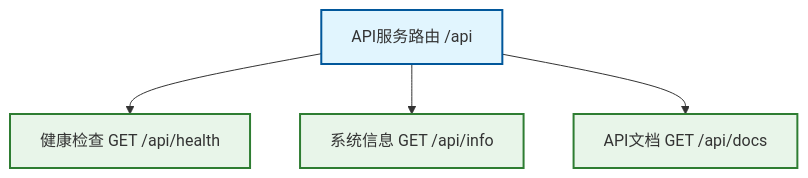
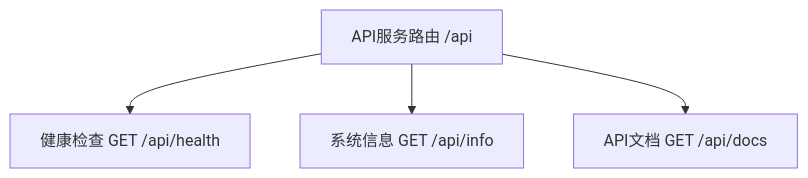
The third of 5 diagrams in docs/route_structure.md (weibaohui/k8m), drawn with Mermaid before and after one commit. The commit also changed other lines of this file, not shown here.

````diff
--- a/docs/route_structure.md
+++ b/docs/route_structure.md
@@ -40,14 +27,8 @@
 ```mermaid
 graph TD
     C[API服务路由 /api] --> C1[健康检查 GET /api/health]
     C --> C2[系统信息 GET /api/info]
     C --> C3[API文档 GET /api/docs]
 
-    %% 样式设置
-    classDef route fill:#e1f5fe,stroke:#01579b,stroke-width:2px;
-    classDef endpoint fill:#e8f5e9,stroke:#2e7d32,stroke-width:2px;
-
-    %% 应用样式
-    class C route;
-    class C1,C2,C3 endpoint;
+    
 ```
````
